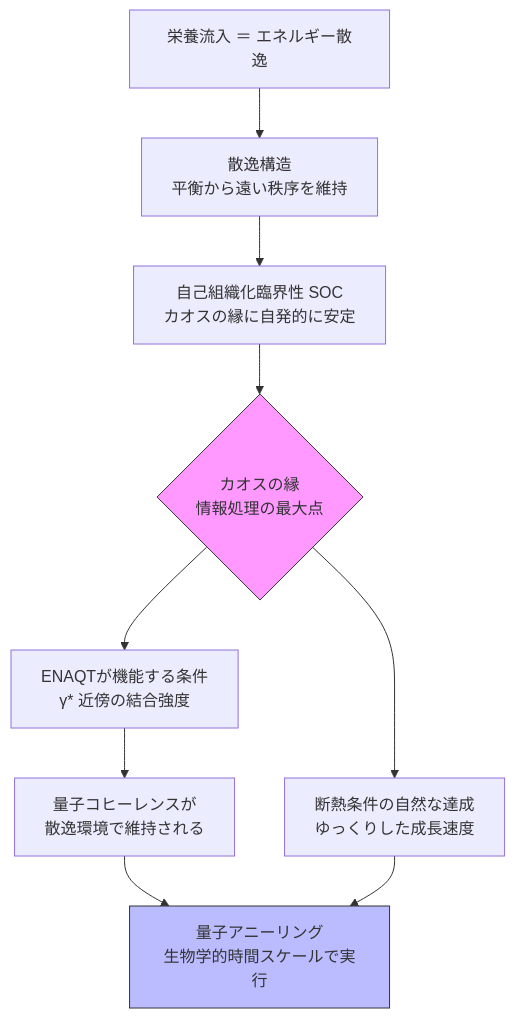
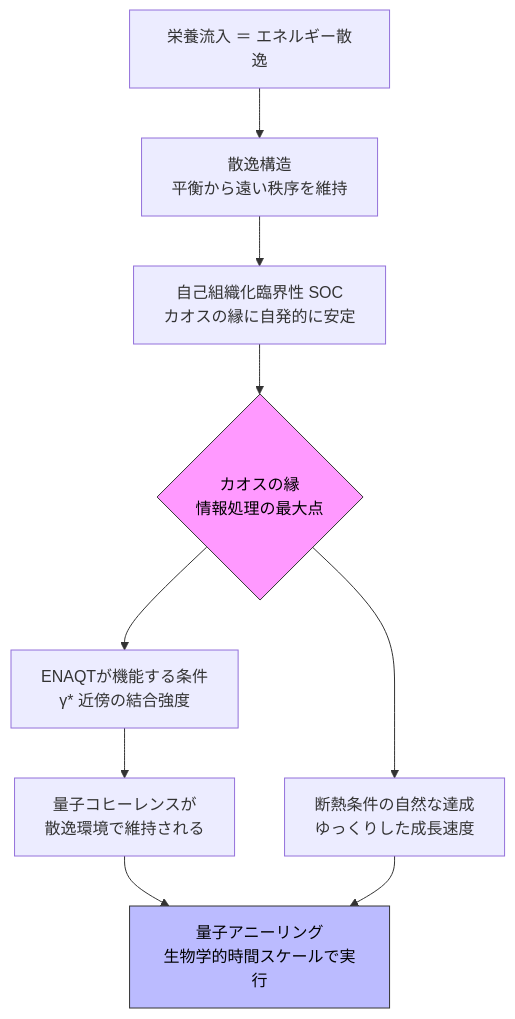
Before and after one commit to theronium/WhatIfImpossible: the diagram in docs/notes/wiim_111_theory.md, drawn with Mermaid. The commit also changed 3 other files, not shown here.

Commit message:
fix: Mermaidノードに color:#000 を追加して視認性を改善

````diff
--- a/docs/notes/wiim_111_theory.md
+++ b/docs/notes/wiim_111_theory.md
@@ -67,13 +67,13 @@
 ```mermaid
 flowchart TD
     A[栄養流入 ＝ エネルギー散逸] --> B[散逸構造\n平衡から遠い秩序を維持]
     B --> C[自己組織化臨界性 SOC\nカオスの縁に自発的に安定]
     C --> D{カオスの縁\n情報処理の最大点}
     D --> E[ENAQTが機能する条件\nγ* 近傍の結合強度]
     D --> G[断熱条件の自然な達成\nゆっくりした成長速度]
     E --> F[量子コヒーレンスが\n散逸環境で維持される]
     F --> H[量子アニーリング\n生物学的時間スケールで実行]
     G --> H
-    style D fill:#f9f,stroke:#333
-    style H fill:#bbf,stroke:#333
+    style D fill:#f9f,stroke:#333,color:#000
+    style H fill:#bbf,stroke:#333,color:#000
 ```
````
